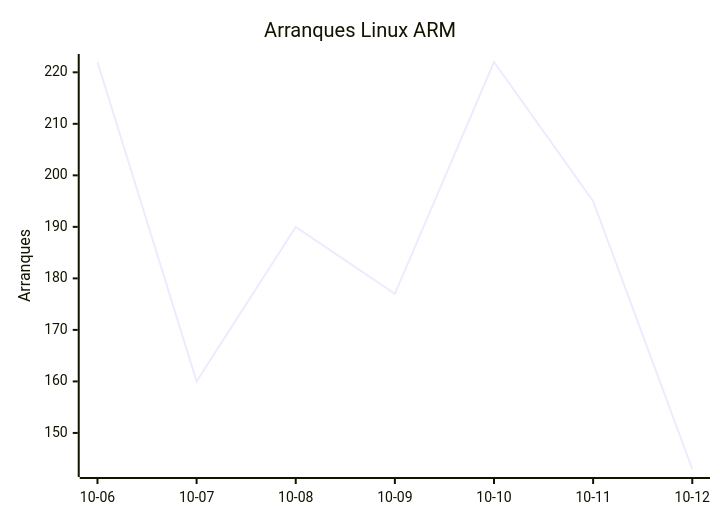
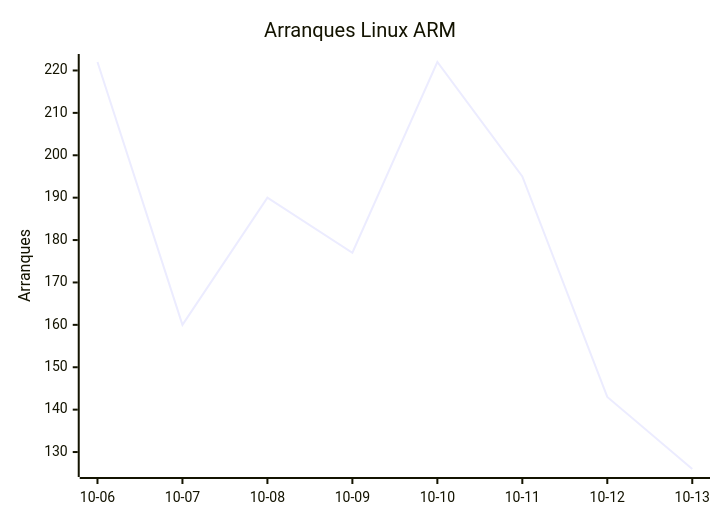
The second of 8 diagrams in README.md (EmuDeck/stats), drawn with Mermaid before and after one commit. The commit also changed other lines of this file and 2 other files, not shown here.

````diff
--- a/README.md
+++ b/README.md
@@ -26,7 +26,7 @@
 ```mermaid
 xychart-beta
     title "Arranques Linux ARM"
-    x-axis ["10-06", "10-07", "10-08", "10-09", "10-10", "10-11", "10-12"]
+    x-axis ["10-06", "10-07", "10-08", "10-09", "10-10", "10-11", "10-12", "10-13"]
     y-axis "Arranques"
-    line [222, 160, 190, 177, 222, 195, 143]
+    line [222, 160, 190, 177, 222, 195, 143, 126]
 ```
````
